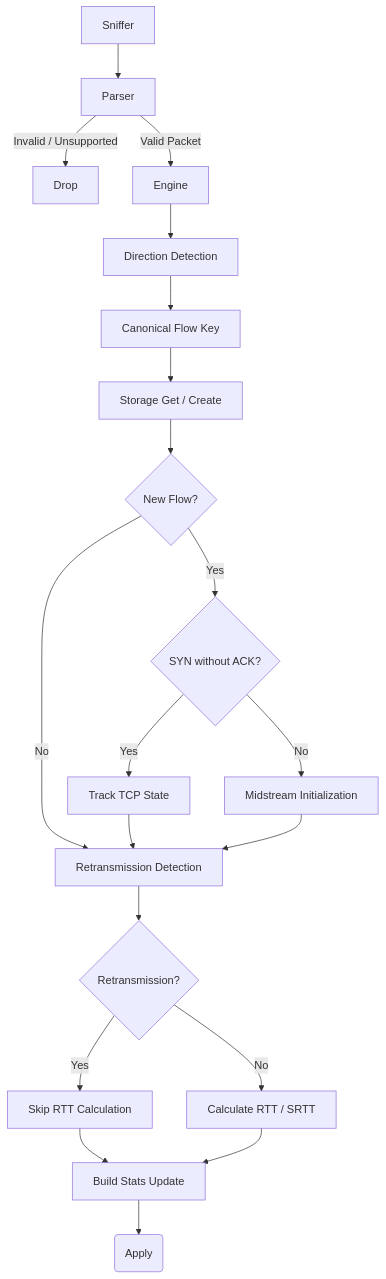
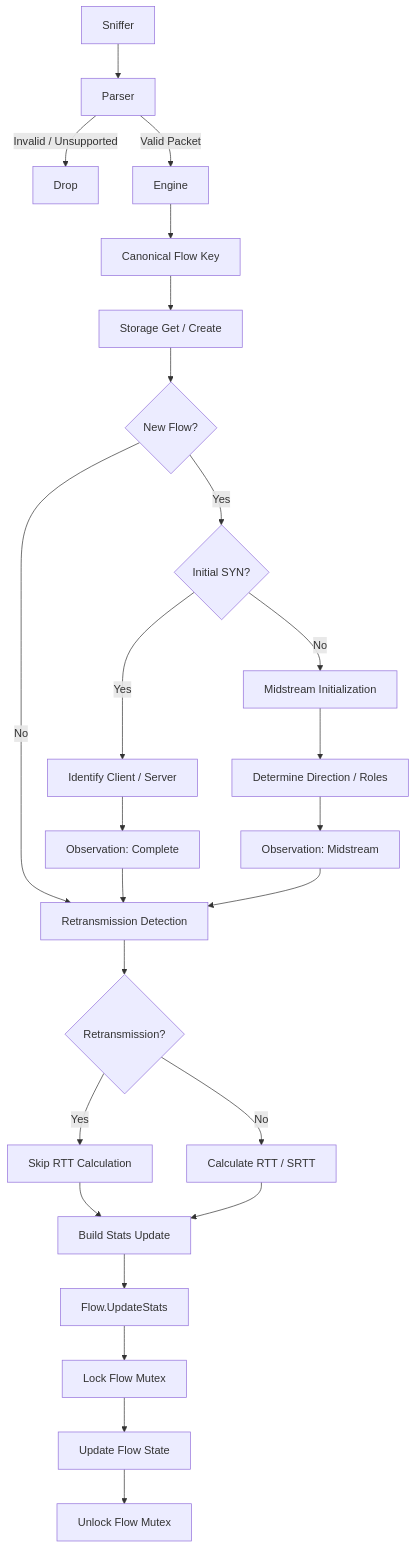
Before and after one commit to StewardMcCormick/tcp-sniffer: the diagram in README.md, drawn with Mermaid.

````diff
--- a/README.md
+++ b/README.md
@@ -7,31 +7,34 @@
 ```mermaid
 flowchart TD
     A[Sniffer] --> B[Parser]
-
     B -->|Invalid / Unsupported| X[Drop]
     B -->|Valid Packet| C[Engine]
+    C --> D[Canonical Flow Key]
+    D --> E[Storage Get / Create]
+    E --> F{New Flow?}
 
-    C --> D[Direction Detection]
-    D --> E[Canonical Flow Key]
-    E --> F[Storage Get / Create]
+    F -->|No| K[Retransmission Detection]
+    F -->|Yes| G{Initial SYN?}
 
-    F --> G{New Flow?}
-    G -->|No| K[Retransmission Detection]
-    G -->|Yes| H{SYN without ACK?}
+    G -->|Yes| H[Identify Client / Server]
+    H --> I[Observation: Complete]
 
-    H -->|Yes| I[Track TCP State]
-    H -->|No| J[Midstream Initialization]
+    G -->|No| J[Midstream Initialization]
+    J --> L[Determine Direction / Roles]
+    L --> M[Observation: Midstream]
 
     I --> K
-    J --> K
+    M --> K
 
-    K --> L{Retransmission?}
-    L -->|Yes| M[Skip RTT Calculation]
-    L -->|No| N[Calculate RTT / SRTT]
+    K --> N{Retransmission?}
+    N -->|Yes| O[Skip RTT Calculation]
+    N -->|No| P[Calculate RTT / SRTT]
 
-    M --> O[Build Stats Update]
-    N --> O
+    O --> Q[Build Stats Update]
+    P --> Q
 
-    O --> P(Apply)
-
+    Q --> R[Flow.UpdateStats]
+    R --> S[Lock Flow Mutex]
+    S --> T[Update Flow State]
+    T --> U[Unlock Flow Mutex]
 ```
````
